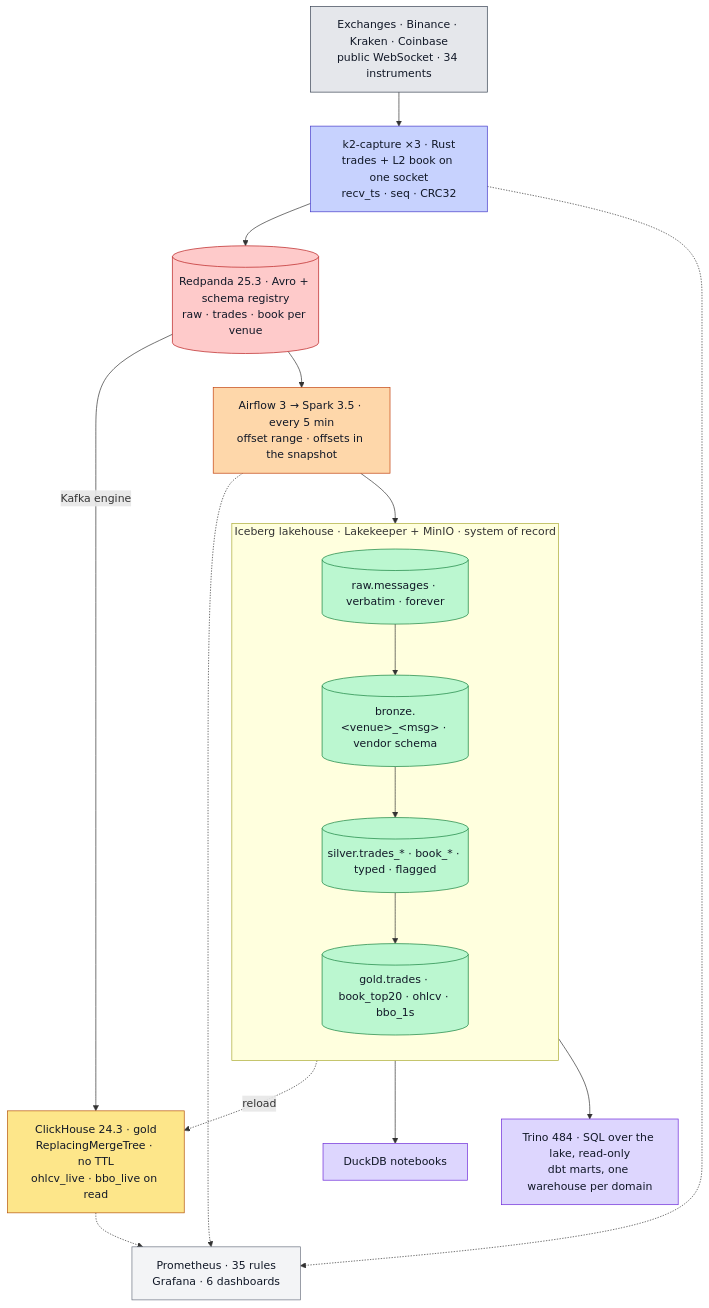
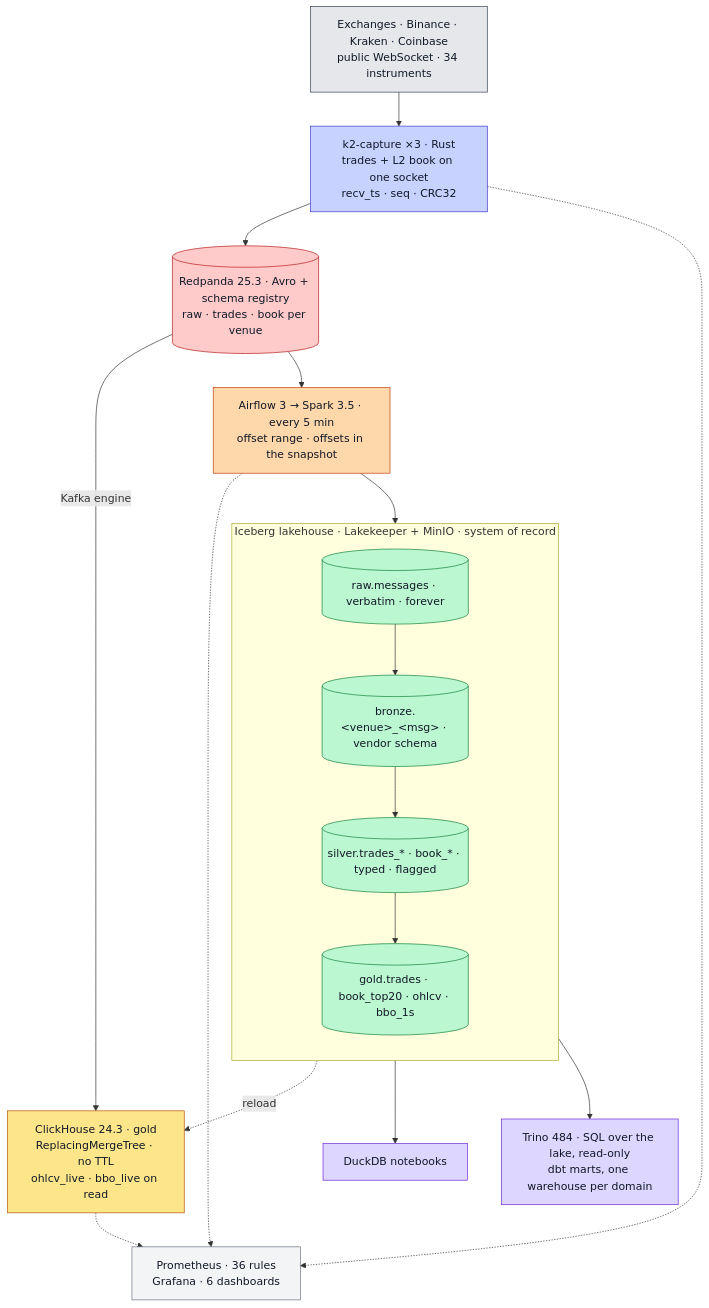
The diagram in README.md (rjdscott/k2-market-data-platform), drawn with Mermaid before and after one commit. The commit also changed other lines of this file and 16 other files, not shown here.

````diff
--- a/README.md
+++ b/README.md
@@ -56,36 +56,36 @@
 ```mermaid
 flowchart TB
   E["Exchanges · Binance · Kraken · Coinbase<br/>public WebSocket · 34 instruments"]:::ex
   F["k2-capture ×3 · Rust<br/>trades + L2 book on one socket<br/>recv_ts · seq · CRC32"]:::rs
   R[("Redpanda 25.3 · Avro + schema registry<br/>raw · trades · book per venue")]:::rp
   C["ClickHouse 24.3 · gold<br/>ReplacingMergeTree · no TTL<br/>ohlcv_live · bbo_live on read"]:::ch
   S["Airflow 3 → Spark 3.5 · every 5 min<br/>offset range · offsets in the snapshot"]:::sp
   subgraph L["Iceberg lakehouse · Lakekeeper + MinIO · system of record"]
     direction TB
     RAW[("raw.messages · verbatim · forever")]:::lk
     BR[("bronze.&lt;venue&gt;_&lt;msg&gt; · vendor schema")]:::lk
     SV[("silver.trades_* · book_* · typed · flagged")]:::lk
     GD[("gold.trades · book_top20 · ohlcv · bbo_1s")]:::lk
     RAW --> BR --> SV --> GD
   end
   N["DuckDB notebooks"]:::nb
   T["Trino 484 · SQL over the lake, read-only<br/>dbt marts, one warehouse per domain"]:::nb
-  O["Prometheus · 35 rules<br/>Grafana · 6 dashboards"]:::ob
+  O["Prometheus · 36 rules<br/>Grafana · 6 dashboards"]:::ob
 
   E --> F --> R
   R -->|Kafka engine| C
   R --> S --> RAW
   GD -.->|reload| C
   GD --> N
   L --> T
   F & S & C -.-> O
 
   classDef ex fill:#e5e7eb,stroke:#374151,color:#111827
   classDef rs fill:#c7d2fe,stroke:#4338ca,color:#111827
   classDef rp fill:#fecaca,stroke:#b91c1c,color:#111827
   classDef lk fill:#bbf7d0,stroke:#15803d,color:#111827
   classDef sp fill:#fed7aa,stroke:#c2410c,color:#111827
   classDef ch fill:#fde68a,stroke:#b45309,color:#111827
   classDef nb fill:#ddd6fe,stroke:#6d28d9,color:#111827
   classDef ob fill:#f3f4f6,stroke:#6b7280,color:#111827
 ```
````
